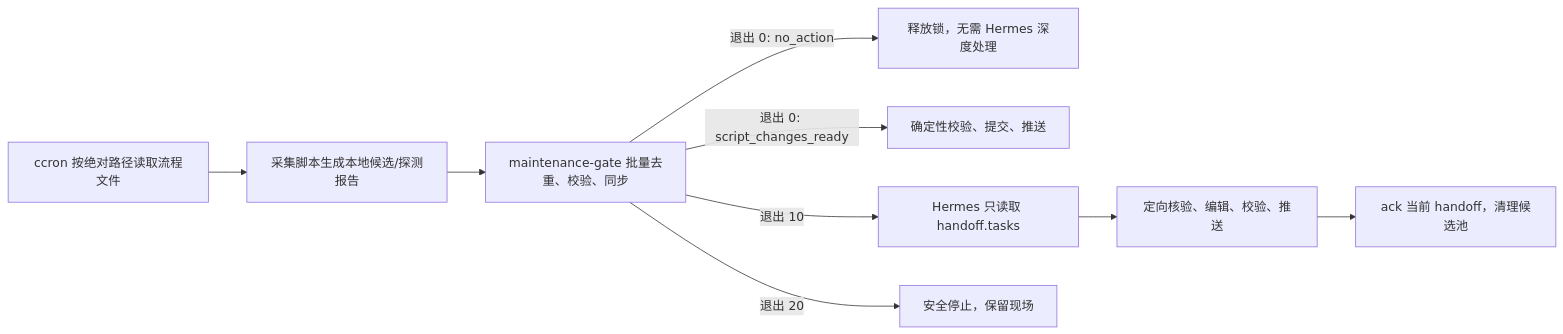
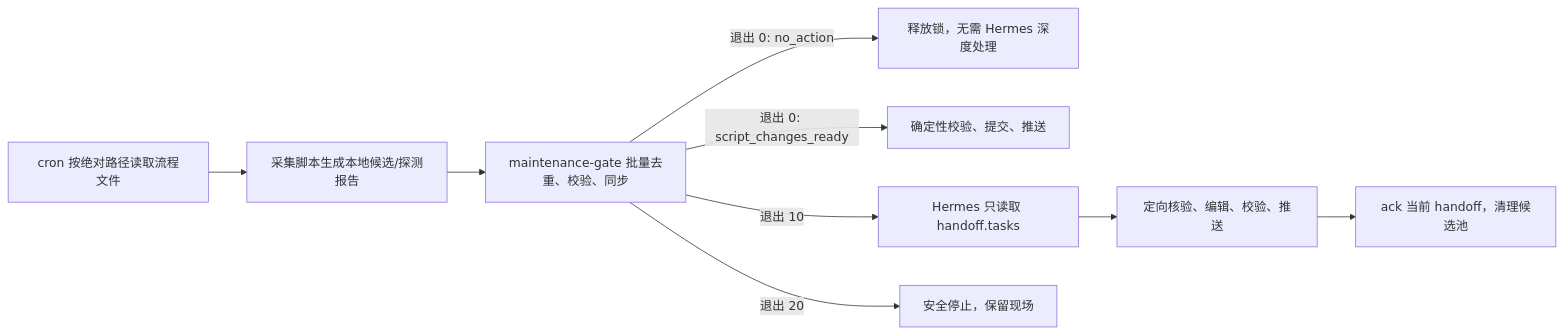
One commit to rr5201314/CampBrief changed the diagram in docs/maintenance-workflow.md. Above: the diagram before and after it, drawn with Mermaid. The commit also changed other lines of this file and 6 other files, not shown here.

Commit message:
Rename ccron references to cron across CampBrief docs and skills

````diff
--- a/docs/maintenance-workflow.md
+++ b/docs/maintenance-workflow.md
@@ -9,11 +9,11 @@
 ```mermaid
 flowchart LR
-    A["ccron 按绝对路径读取流程文件"] --> B["采集脚本生成本地候选/探测报告"]
+    A["cron 按绝对路径读取流程文件"] --> B["采集脚本生成本地候选/探测报告"]
     B --> C["maintenance-gate 批量去重、校验、同步"]
     C -->|"退出 0: no_action"| D["释放锁，无需 Hermes 深度处理"]
     C -->|"退出 0: script_changes_ready"| E["确定性校验、提交、推送"]
     C -->|"退出 10"| F["Hermes 只读取 handoff.tasks"]
     C -->|"退出 20"| G["安全停止，保留现场"]
     F --> H["定向核验、编辑、校验、推送"]
     H --> I["ack 当前 handoff，清理候选池"]
 ```
````
